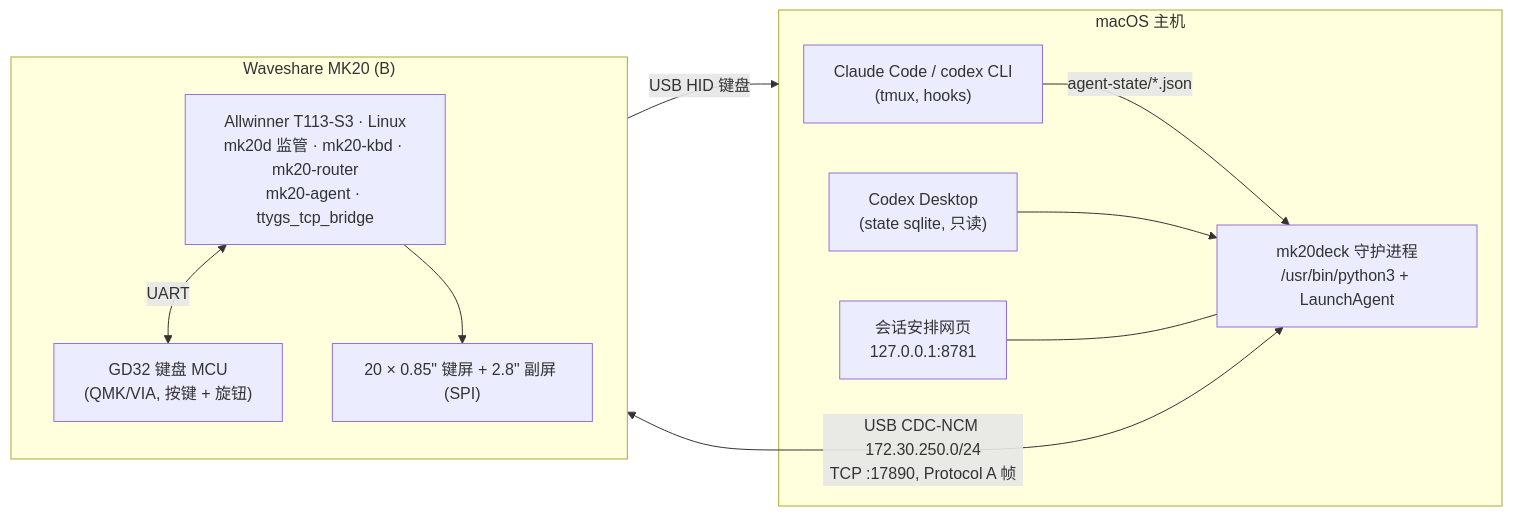
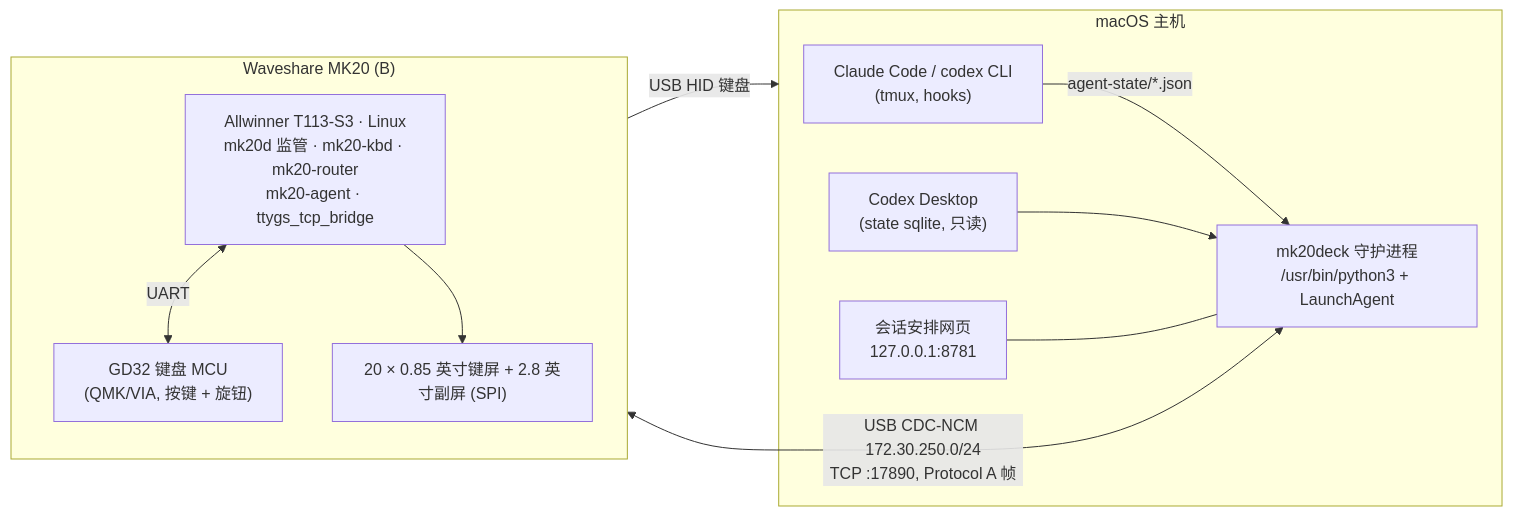
Before and after one commit to lenzhang/mk20-agent-deck: the diagram in README.md, drawn with Mermaid. The commit also changed other lines of this file and 362 other files, not shown here.

````diff
--- a/README.md
+++ b/README.md
@@ -30,19 +30,19 @@
 ```mermaid
 flowchart LR
   subgraph Mac["macOS 主机"]
     CC["Claude Code / codex CLI<br/>(tmux, hooks)"] -->|agent-state/*.json| D
     CX["Codex Desktop<br/>(state sqlite, 只读)"] --> D
     D["mk20deck 守护进程<br/>/usr/bin/python3 + LaunchAgent"]
     W["会话安排网页<br/>127.0.0.1:8781"] --- D
   end
   subgraph MK20["Waveshare MK20 (B)"]
     direction TB
     T["Allwinner T113-S3 · Linux<br/>mk20d 监管 · mk20-kbd · mk20-router<br/>mk20-agent · ttygs_tcp_bridge"]
     G["GD32 键盘 MCU<br/>(QMK/VIA, 按键 + 旋钮)"]
-    L["20 × 0.85&quot; 键屏 + 2.8&quot; 副屏 (SPI)"]
+    L["20 × 0.85 英寸键屏 + 2.8 英寸副屏 (SPI)"]
     T <-->|UART| G
     T --> L
   end
   D <-->|"USB CDC-NCM 172.30.250.0/24<br/>TCP :17890, Protocol A 帧"| T
   G -->|USB HID 键盘| Mac
 ```
````
